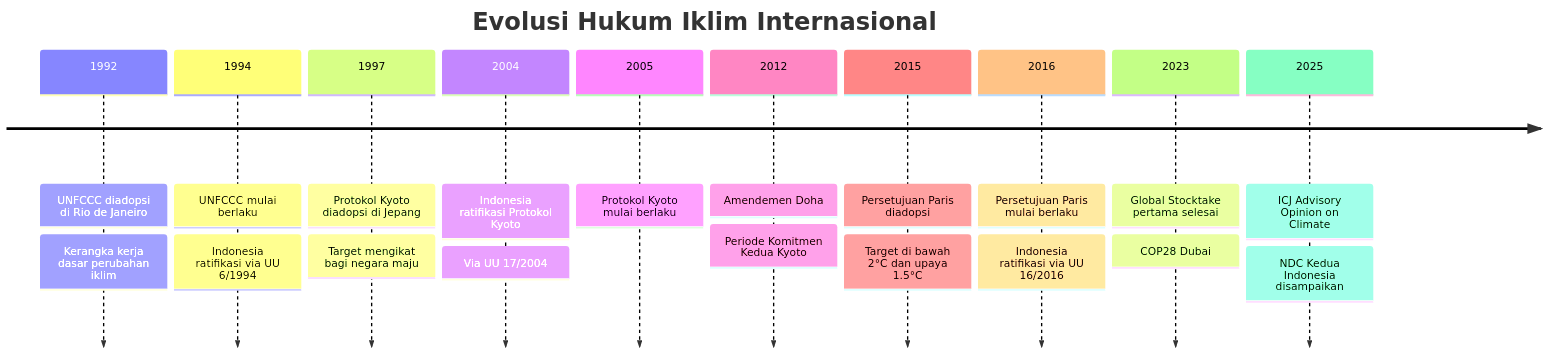
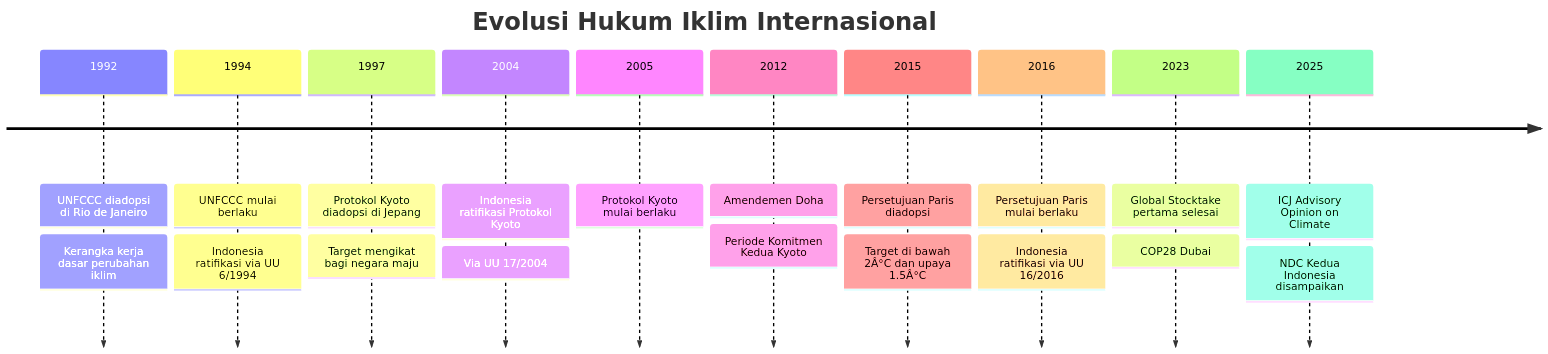
Before and after one commit to movanet/mova-quartz: the second of 2 diagrams in content/01-Lingkungan/02_Perubahan_Iklim.md, drawn with Mermaid. The commit also changed other lines of this file and 171 other files, not shown here.

````diff
--- a/content/01-Lingkungan/02_Perubahan_Iklim.md
+++ b/content/01-Lingkungan/02_Perubahan_Iklim.md
@@ -168,23 +168,23 @@
 ```mermaid
 timeline
     title Evolusi Hukum Iklim Internasional
     1992 : UNFCCC diadopsi di Rio de Janeiro
          : Kerangka kerja dasar perubahan iklim
     1994 : UNFCCC mulai berlaku
          : Indonesia ratifikasi via UU 6/1994
     1997 : Protokol Kyoto diadopsi di Jepang
          : Target mengikat bagi negara maju
     2004 : Indonesia ratifikasi Protokol Kyoto
          : Via UU 17/2004
     2005 : Protokol Kyoto mulai berlaku
     2012 : Amendemen Doha
          : Periode Komitmen Kedua Kyoto
     2015 : Persetujuan Paris diadopsi
-         : Target di bawah 2°C dan upaya 1.5°C
+         : Target di bawah 2Â°C dan upaya 1.5Â°C
     2016 : Persetujuan Paris mulai berlaku
          : Indonesia ratifikasi via UU 16/2016
     2023 : Global Stocktake pertama selesai
          : COP28 Dubai
     2025 : ICJ Advisory Opinion on Climate
          : NDC Kedua Indonesia disampaikan
 ```
````
